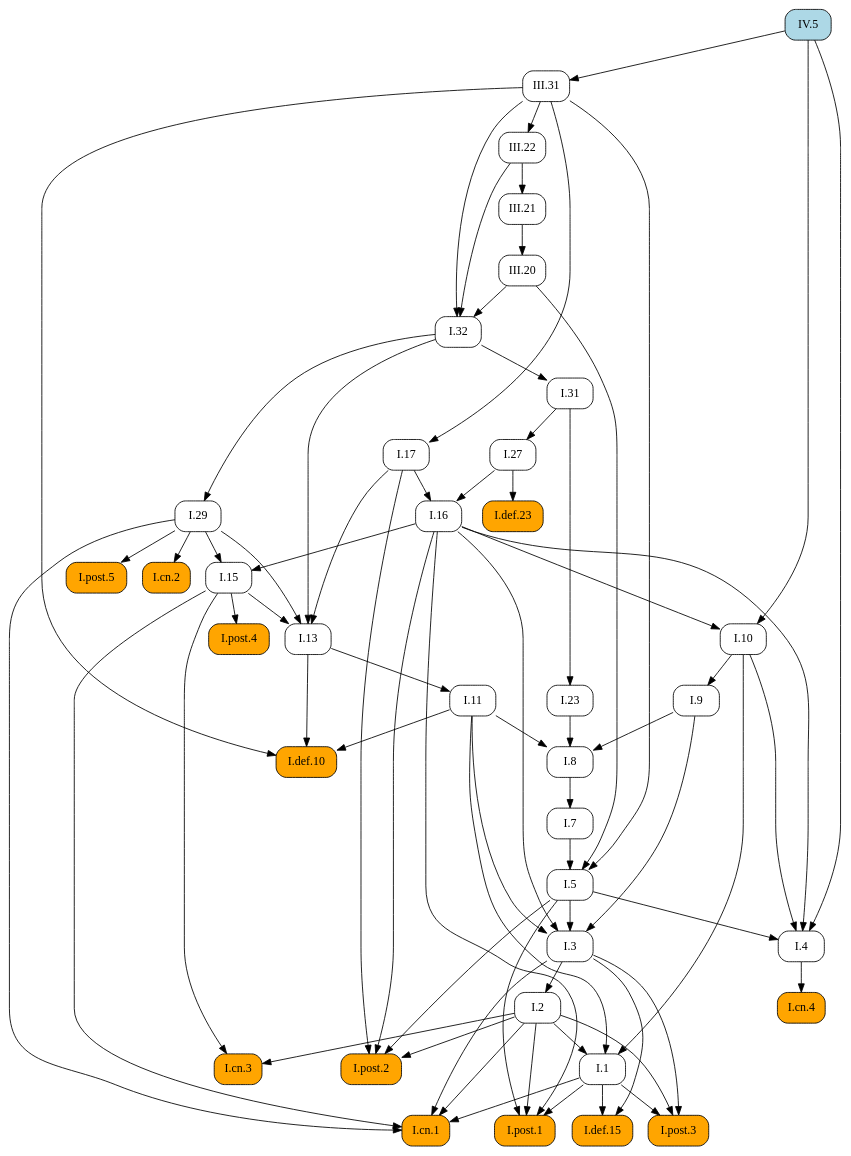
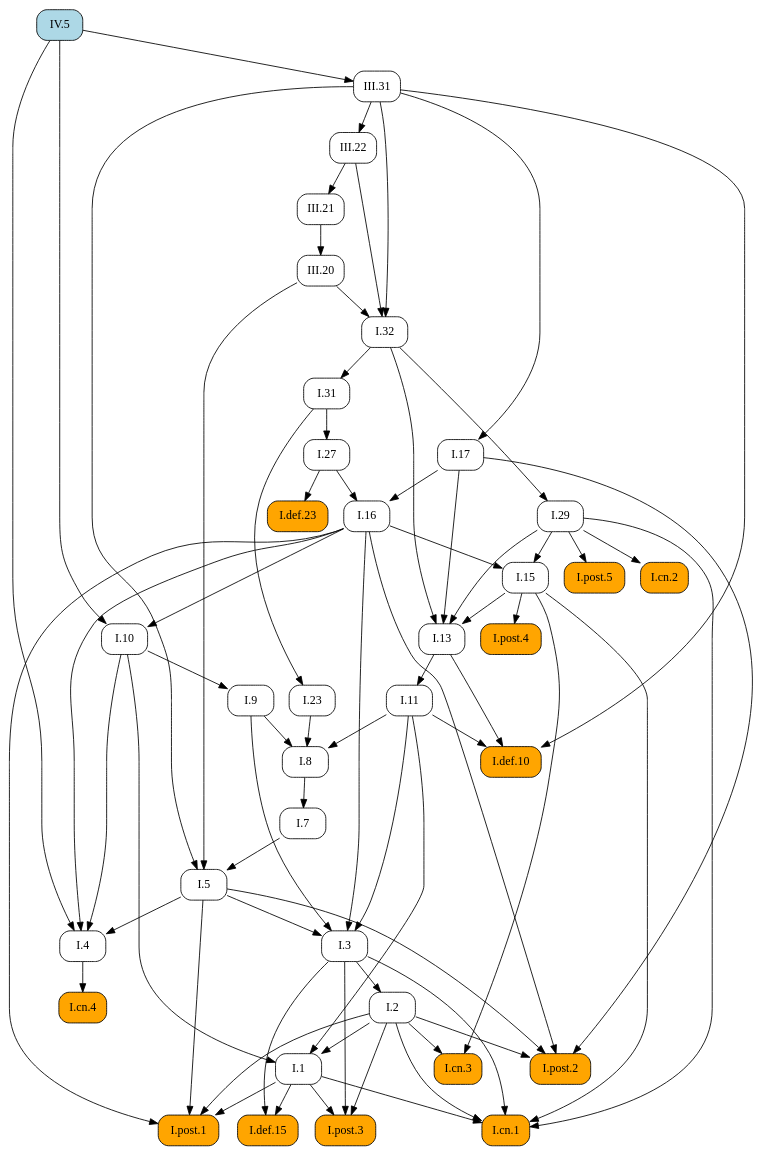
One commit to geometor/elements changed the diagram in docsrc/heath/IV/5/index.rst. Above: the diagram before and after it, drawn with Graphviz. The commit also changed other lines of this file and 484 other files, not shown here.

```diff
--- a/docsrc/heath/IV/5/index.rst
+++ b/docsrc/heath/IV/5/index.rst
@@ -75,111 +75,111 @@
    digraph {
      rankdir="TB";
      node [shape=box, style=rounded];
-     "I.def.10" [style="rounded,filled", fillcolor=orange, URL="/heath/I/def.10/", target="_top"];
-     "I.11" [URL="/heath/I/11/", target="_top"];
-     "I.post.4" [style="rounded,filled", fillcolor=orange, URL="/heath/I/post.4/", target="_top"];
-     "I.1" [URL="/heath/I/1/", target="_top"];
-     "I.29" [URL="/heath/I/29/", target="_top"];
-     "III.20" [URL="/heath/III/20/", target="_top"];
-     "I.cn.2" [style="rounded,filled", fillcolor=orange, URL="/heath/I/cn.2/", target="_top"];
-     "III.31" [URL="/heath/III/31/", target="_top"];
+     "I.23" [URL="/heath/I/23/", target="_top"];
+     "I.9" [URL="/heath/I/9/", target="_top"];
+     "I.32" [URL="/heath/I/32/", target="_top"];
      "I.def.15" [style="rounded,filled", fillcolor=orange, URL="/heath/I/def.15/", target="_top"];
      "I.post.3" [style="rounded,filled", fillcolor=orange, URL="/heath/I/post.3/", target="_top"];
+     "I.post.1" [style="rounded,filled", fillcolor=orange, URL="/heath/I/post.1/", target="_top"];
+     "III.20" [URL="/heath/III/20/", target="_top"];
+     "I.31" [URL="/heath/I/31/", target="_top"];
+     "III.22" [URL="/heath/III/22/", target="_top"];
+     "I.def.10" [style="rounded,filled", fillcolor=orange, URL="/heath/I/def.10/", target="_top"];
+     "I.27" [URL="/heath/I/27/", target="_top"];
+     "I.3" [URL="/heath/I/3/", target="_top"];
      "I.cn.1" [style="rounded,filled", fillcolor=orange, URL="/heath/I/cn.1/", target="_top"];
+     "I.7" [URL="/heath/I/7/", target="_top"];
+     "I.2" [URL="/heath/I/2/", target="_top"];
+     "I.13" [URL="/heath/I/13/", target="_top"];
+     "I.post.4" [style="rounded,filled", fillcolor=orange, URL="/heath/I/post.4/", target="_top"];
+     "I.4" [URL="/heath/I/4/", target="_top"];
+     "I.1" [URL="/heath/I/1/", target="_top"];
+     "I.5" [URL="/heath/I/5/", target="_top"];
+     "I.8" [URL="/heath/I/8/", target="_top"];
+     "I.17" [URL="/heath/I/17/", target="_top"];
+     "I.29" [URL="/heath/I/29/", target="_top"];
      "I.cn.3" [style="rounded,filled", fillcolor=orange, URL="/heath/I/cn.3/", target="_top"];
-     "I.23" [URL="/heath/I/23/", target="_top"];
-     "I.post.1" [style="rounded,filled", fillcolor=orange, URL="/heath/I/post.1/", target="_top"];
-     "I.27" [URL="/heath/I/27/", target="_top"];
-     "I.7" [URL="/heath/I/7/", target="_top"];
-     "I.3" [URL="/heath/I/3/", target="_top"];
-     "I.2" [URL="/heath/I/2/", target="_top"];
-     "I.4" [URL="/heath/I/4/", target="_top"];
+     "I.16" [URL="/heath/I/16/", target="_top"];
+     "III.31" [URL="/heath/III/31/", target="_top"];
+     "I.15" [URL="/heath/I/15/", target="_top"];
+     "I.10" [URL="/heath/I/10/", target="_top"];
+     "I.11" [URL="/heath/I/11/", target="_top"];
      "I.def.23" [style="rounded,filled", fillcolor=orange, URL="/heath/I/def.23/", target="_top"];
-     "I.13" [URL="/heath/I/13/", target="_top"];
-     "I.17" [URL="/heath/I/17/", target="_top"];
+     "I.cn.2" [style="rounded,filled", fillcolor=orange, URL="/heath/I/cn.2/", target="_top"];
+     "I.post.5" [style="rounded,filled", fillcolor=orange, URL="/heath/I/post.5/", target="_top"];
+     "I.cn.4" [style="rounded,filled", fillcolor=orange, URL="/heath/I/cn.4/", target="_top"];
+     "III.21" [URL="/heath/III/21/", target="_top"];
      "I.post.2" [style="rounded,filled", fillcolor=orange, URL="/heath/I/post.2/", target="_top"];
-     "I.31" [URL="/heath/I/31/", target="_top"];
-     "I.16" [URL="/heath/I/16/", target="_top"];
-     "I.9" [URL="/heath/I/9/", target="_top"];
      "IV.5" [style="rounded,filled", fillcolor=lightblue, URL="/heath/IV/5/", target="_top"];
-     "I.32" [URL="/heath/I/32/", target="_top"];
-     "I.8" [URL="/heath/I/8/", target="_top"];
-     "I.cn.4" [style="rounded,filled", fillcolor=orange, URL="/heath/I/cn.4/", target="_top"];
-     "I.15" [URL="/heath/I/15/", target="_top"];
-     "III.21" [URL="/heath/III/21/", target="_top"];
-     "III.22" [URL="/heath/III/22/", target="_top"];
-     "I.post.5" [style="rounded,filled", fillcolor=orange, URL="/heath/I/post.5/", target="_top"];
-     "I.10" [URL="/heath/I/10/", target="_top"];
-     "I.5" [URL="/heath/I/5/", target="_top"];
-     "I.11" -> "I.def.10";
-     "I.13" -> "I.def.10";
-     "III.31" -> "I.def.10";
-     "I.13" -> "I.11";
-     "I.15" -> "I.post.4";
-     "I.2" -> "I.1";
-     "I.10" -> "I.1";
-     "I.11" -> "I.1";
-     "I.32" -> "I.29";
-     "III.21" -> "III.20";
-     "I.29" -> "I.cn.2";
-     "IV.5" -> "III.31";
+     "I.31" -> "I.23";
+     "I.10" -> "I.9";
+     "III.20" -> "I.32";
+     "III.22" -> "I.32";
+     "III.31" -> "I.32";
      "I.1" -> "I.def.15";
      "I.3" -> "I.def.15";
      "I.1" -> "I.post.3";
      "I.2" -> "I.post.3";
      "I.3" -> "I.post.3";
+     "I.1" -> "I.post.1";
+     "I.2" -> "I.post.1";
+     "I.5" -> "I.post.1";
+     "I.16" -> "I.post.1";
+     "III.21" -> "III.20";
+     "I.32" -> "I.31";
+     "III.31" -> "III.22";
+     "I.11" -> "I.def.10";
+     "I.13" -> "I.def.10";
+     "III.31" -> "I.def.10";
+     "I.31" -> "I.27";
+     "I.5" -> "I.3";
+     "I.9" -> "I.3";
+     "I.11" -> "I.3";
+     "I.16" -> "I.3";
      "I.1" -> "I.cn.1";
      "I.2" -> "I.cn.1";
      "I.3" -> "I.cn.1";
      "I.15" -> "I.cn.1";
      "I.29" -> "I.cn.1";
-     "I.2" -> "I.cn.3";
-     "I.15" -> "I.cn.3";
-     "I.31" -> "I.23";
-     "I.1" -> "I.post.1";
-     "I.2" -> "I.post.1";
-     "I.5" -> "I.post.1";
-     "I.16" -> "I.post.1";
-     "I.31" -> "I.27";
      "I.8" -> "I.7";
-     "I.5" -> "I.3";
-     "I.9" -> "I.3";
-     "I.11" -> "I.3";
-     "I.16" -> "I.3";
      "I.3" -> "I.2";
+     "I.15" -> "I.13";
+     "I.17" -> "I.13";
+     "I.29" -> "I.13";
+     "I.32" -> "I.13";
+     "I.15" -> "I.post.4";
      "I.5" -> "I.4";
      "I.10" -> "I.4";
      "I.16" -> "I.4";
      "IV.5" -> "I.4";
+     "I.2" -> "I.1";
+     "I.10" -> "I.1";
+     "I.11" -> "I.1";
+     "I.7" -> "I.5";
+     "III.20" -> "I.5";
+     "III.31" -> "I.5";
+     "I.9" -> "I.8";
+     "I.11" -> "I.8";
+     "I.23" -> "I.8";
+     "III.31" -> "I.17";
+     "I.32" -> "I.29";
+     "I.2" -> "I.cn.3";
+     "I.15" -> "I.cn.3";
+     "I.17" -> "I.16";
+     "I.27" -> "I.16";
+     "IV.5" -> "III.31";
+     "I.16" -> "I.15";
+     "I.29" -> "I.15";
+     "I.16" -> "I.10";
+     "IV.5" -> "I.10";
+     "I.13" -> "I.11";
      "I.27" -> "I.def.23";
-     "I.15" -> "I.13";
-     "I.17" -> "I.13";
-     "I.29" -> "I.13";
-     "I.32" -> "I.13";
-     "III.31" -> "I.17";
+     "I.29" -> "I.cn.2";
+     "I.29" -> "I.post.5";
+     "I.4" -> "I.cn.4";
+     "III.22" -> "III.21";
      "I.2" -> "I.post.2";
      "I.5" -> "I.post.2";
      "I.16" -> "I.post.2";
      "I.17" -> "I.post.2";
-     "I.32" -> "I.31";
-     "I.17" -> "I.16";
-     "I.27" -> "I.16";
-     "I.10" -> "I.9";
-     "III.20" -> "I.32";
-     "III.22" -> "I.32";
-     "III.31" -> "I.32";
-     "I.9" -> "I.8";
-     "I.11" -> "I.8";
-     "I.23" -> "I.8";
-     "I.4" -> "I.cn.4";
-     "I.16" -> "I.15";
-     "I.29" -> "I.15";
-     "III.22" -> "III.21";
-     "III.31" -> "III.22";
-     "I.29" -> "I.post.5";
-     "I.16" -> "I.10";
-     "IV.5" -> "I.10";
-     "I.7" -> "I.5";
-     "III.20" -> "I.5";
-     "III.31" -> "I.5";
    }
```
